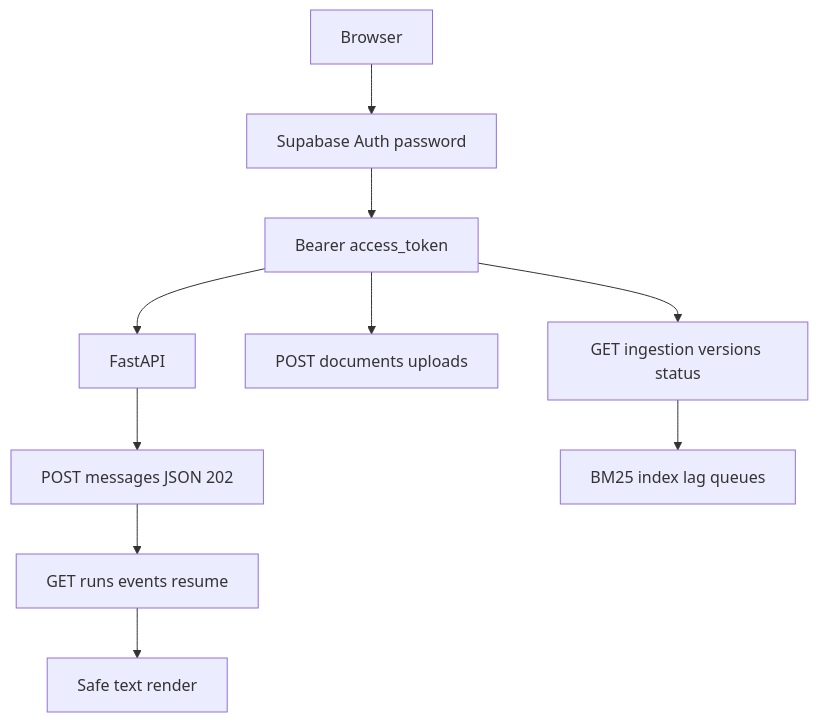
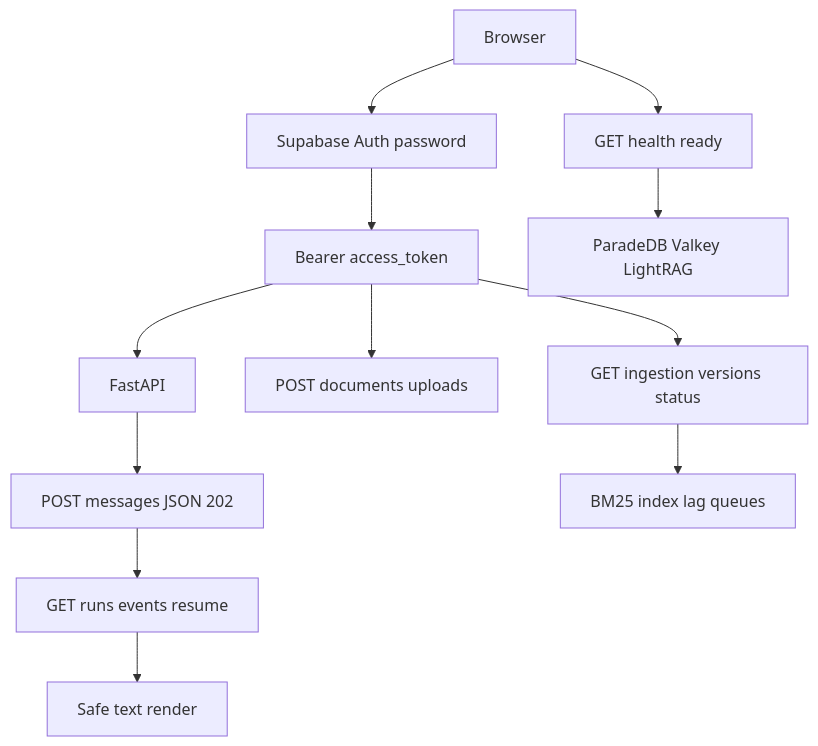
Before and after one commit to Nagdy8888/smart-rag: the diagram in docs/frontend/THIN_DEVELOPER_UI.md, drawn with Mermaid. The commit also changed other lines of this file and 18 other files, not shown here.

````diff
--- a/docs/frontend/THIN_DEVELOPER_UI.md
+++ b/docs/frontend/THIN_DEVELOPER_UI.md
@@ -27,12 +28,14 @@
 ```mermaid
 flowchart TD
   browser["Browser"] --> supabaseAuth["Supabase Auth password"]
   supabaseAuth --> jwt["Bearer access_token"]
   jwt --> fastapi["FastAPI"]
   fastapi --> admit["POST messages JSON 202"]
   admit --> sse["GET runs events resume"]
   sse --> ui["Safe text render"]
   jwt --> upload["POST documents uploads"]
   jwt --> status["GET ingestion versions status"]
   status --> bm25["BM25 index lag queues"]
+  browser --> ready["GET health ready"]
+  ready --> deps["ParadeDB Valkey LightRAG"]
 ```
````
